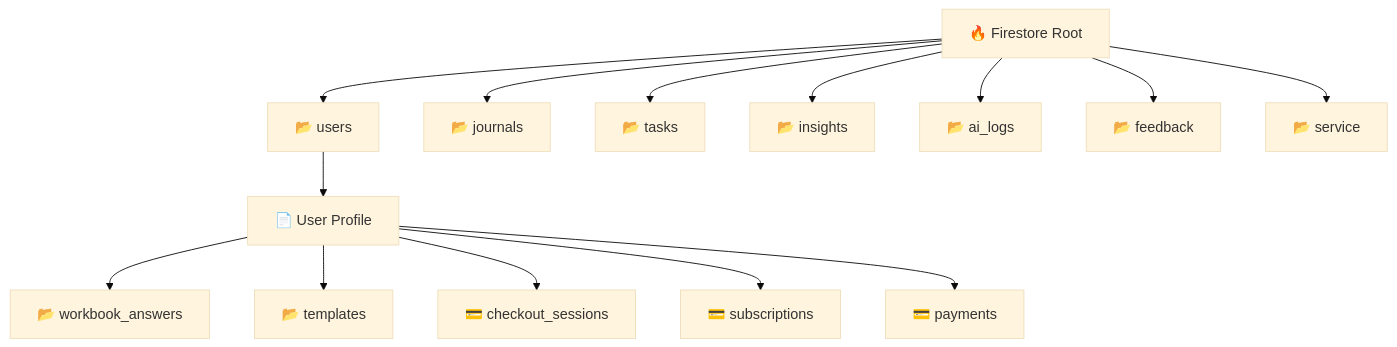
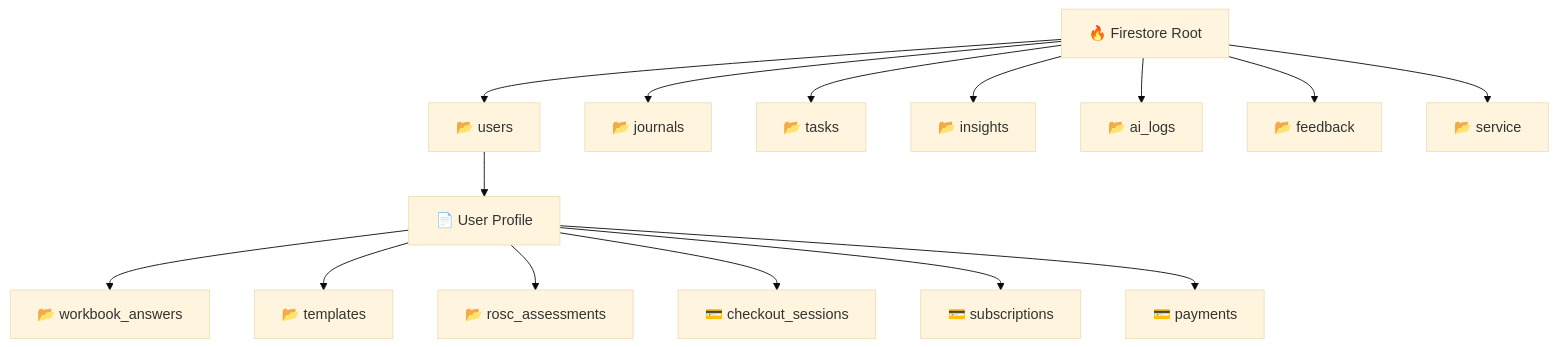
Before and after one commit to rpdouglas/MRT2: the diagram in docs/SCHEMA_ARCHITECTURE.md, drawn with Mermaid (base theme). The commit also changed other lines of this file and 24 other files, not shown here.

First line of the commit message:
feat: add ROSC assessment features including check-in, history panel, and radar chart (#70)

````diff
--- a/docs/SCHEMA_ARCHITECTURE.md
+++ b/docs/SCHEMA_ARCHITECTURE.md
@@ -8,19 +8,20 @@
 ```mermaid
 graph TD
     root[🔥 Firestore Root]
     
     root --> users[📂 users]
     users --> userDoc[📄 User Profile]
     userDoc --> workbook_answers[📂 workbook_answers]
     userDoc --> templates[📂 templates]
+    userDoc --> rosc_assessments[📂 rosc_assessments]
     userDoc --> checkout_sessions[💳 checkout_sessions]
     userDoc --> subscriptions[💳 subscriptions]
     userDoc --> payments[💳 payments]
     
     root --> journals[📂 journals]
     root --> tasks[📂 tasks]
     root --> insights[📂 insights]
     root --> ai_logs[📂 ai_logs]
     root --> feedback[📂 feedback]
     root --> service[📂 service]
 ```
````
